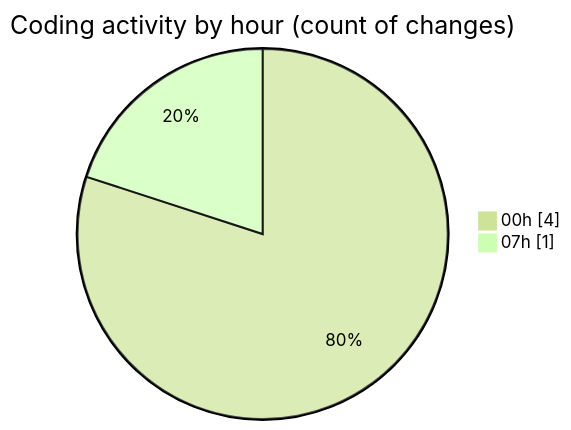
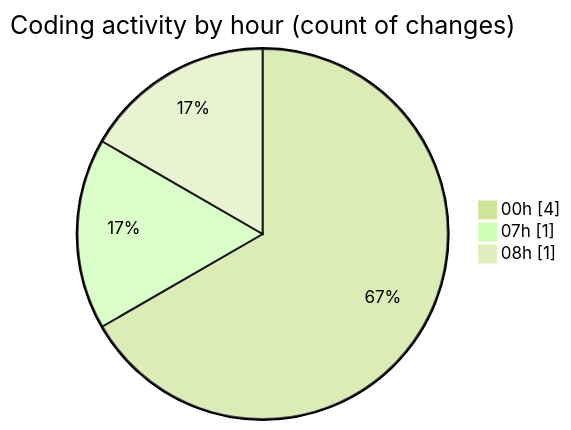
Before and after one commit to Elitesun/code-tracking: the second of 2 diagrams in 2025-05-08/niten/README.md, drawn with Mermaid (forest theme). The commit also changed other lines of this file and 1 other file, not shown here.

````diff
--- a/2025-05-08/niten/README.md
+++ b/2025-05-08/niten/README.md
@@ -28,6 +28,7 @@
 ```mermaid
 pie showData
 title Coding activity by hour (count of changes)
 "00h" : 4
 "07h" : 1
+"08h" : 1
 ```
````
